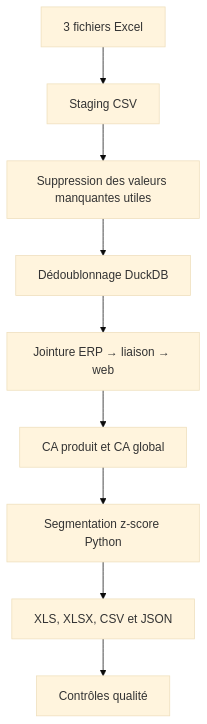
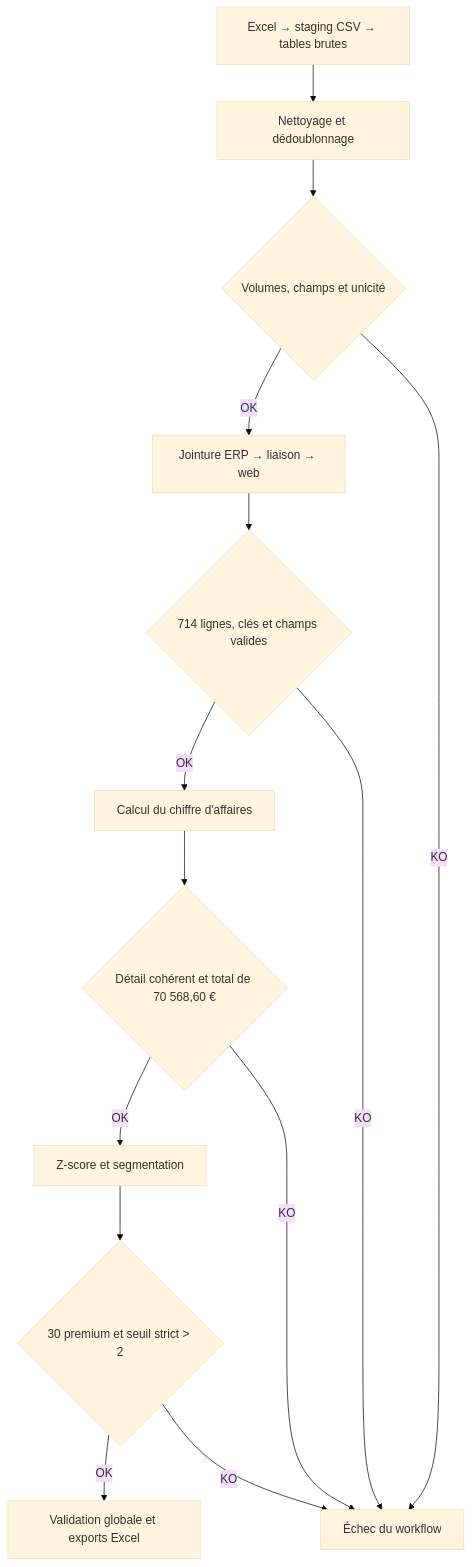
The diagram in README.md (NassimNaoui/bottleneck-kestra-pipeline), drawn with Mermaid (base theme) before and after one commit. The commit also changed 3 other files, not shown here.

````diff
--- a/README.md
+++ b/README.md
@@ -19,11 +19,17 @@
 ```mermaid
 flowchart TD
-    A["3 fichiers Excel"] --> B["Staging CSV"]
-    B --> C["Suppression des valeurs manquantes utiles"]
-    C --> D["Dédoublonnage DuckDB"]
-    D --> E["Jointure ERP → liaison → web"]
-    E --> F["CA produit et CA global"]
-    F --> G["Segmentation z-score Python"]
-    G --> H["XLS, XLSX, CSV et JSON"]
-    H --> I["Contrôles qualité"]
+    A["Excel → staging CSV → tables brutes"]
+    A --> B["Nettoyage et dédoublonnage"]
+    B --> C{"Volumes, champs et unicité"}
+    C -->|OK| D["Jointure ERP → liaison → web"]
+    D --> E{"714 lignes, clés et champs valides"}
+    E -->|OK| F["Calcul du chiffre d'affaires"]
+    F --> G{"Détail cohérent et total de 70 568,60 €"}
+    G -->|OK| H["Z-score et segmentation"]
+    H --> I{"30 premium et seuil strict > 2"}
+    I -->|OK| J["Validation globale et exports Excel"]
+    C -->|KO| K["Échec du workflow"]
+    E -->|KO| K
+    G -->|KO| K
+    I -->|KO| K
 ```
````
